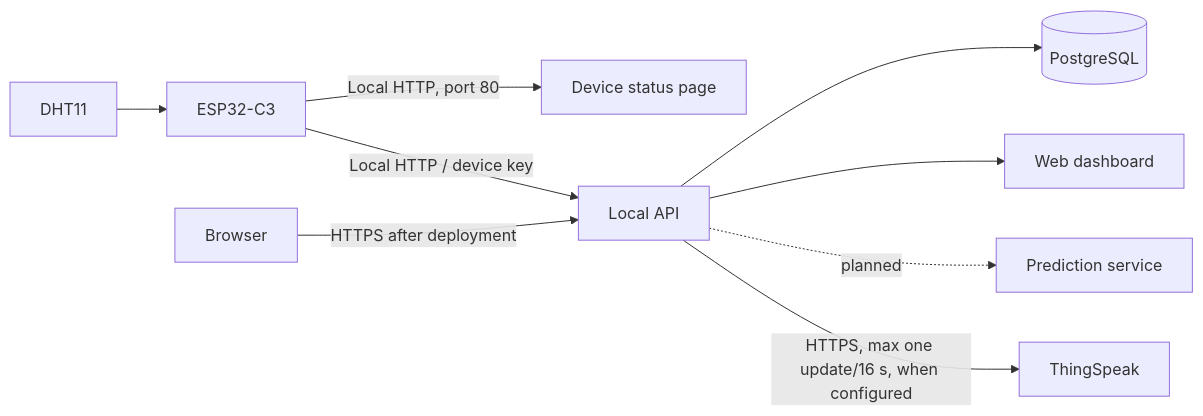
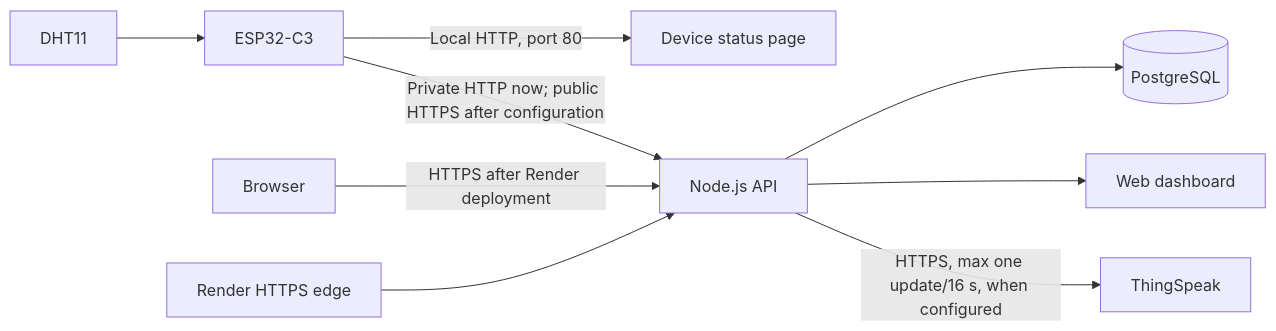
Before and after one commit to JoelsonJose/Monitoramento-de-Temperatura-e-Umidade: the diagram in docs/architecture.md, drawn with Mermaid. The commit also changed other lines of this file and 18 other files, not shown here.

Commit message:
Add public deployment setup, authorization and route tests

````diff
--- a/docs/architecture.md
+++ b/docs/architecture.md
@@ -3,11 +3,11 @@
 ```mermaid
 flowchart LR
   DHT11 --> ESP[ESP32-C3]
   ESP -->|Local HTTP, port 80| WEB[Device status page]
-  ESP -->|Local HTTP / device key| API[Local API]
+  ESP -->|Private HTTP now; public HTTPS after configuration| API[Node.js API]
   API --> DB[(PostgreSQL)]
-  Browser -->|HTTPS after deployment| API
+  Browser -->|HTTPS after Render deployment| API
   API --> DASH[Web dashboard]
-  API -. planned .-> ML[Prediction service]
+  RENDER[Render HTTPS edge] --> API
   API -->|HTTPS, max one update/16 s, when configured| TS[ThingSpeak]
 ```
````
